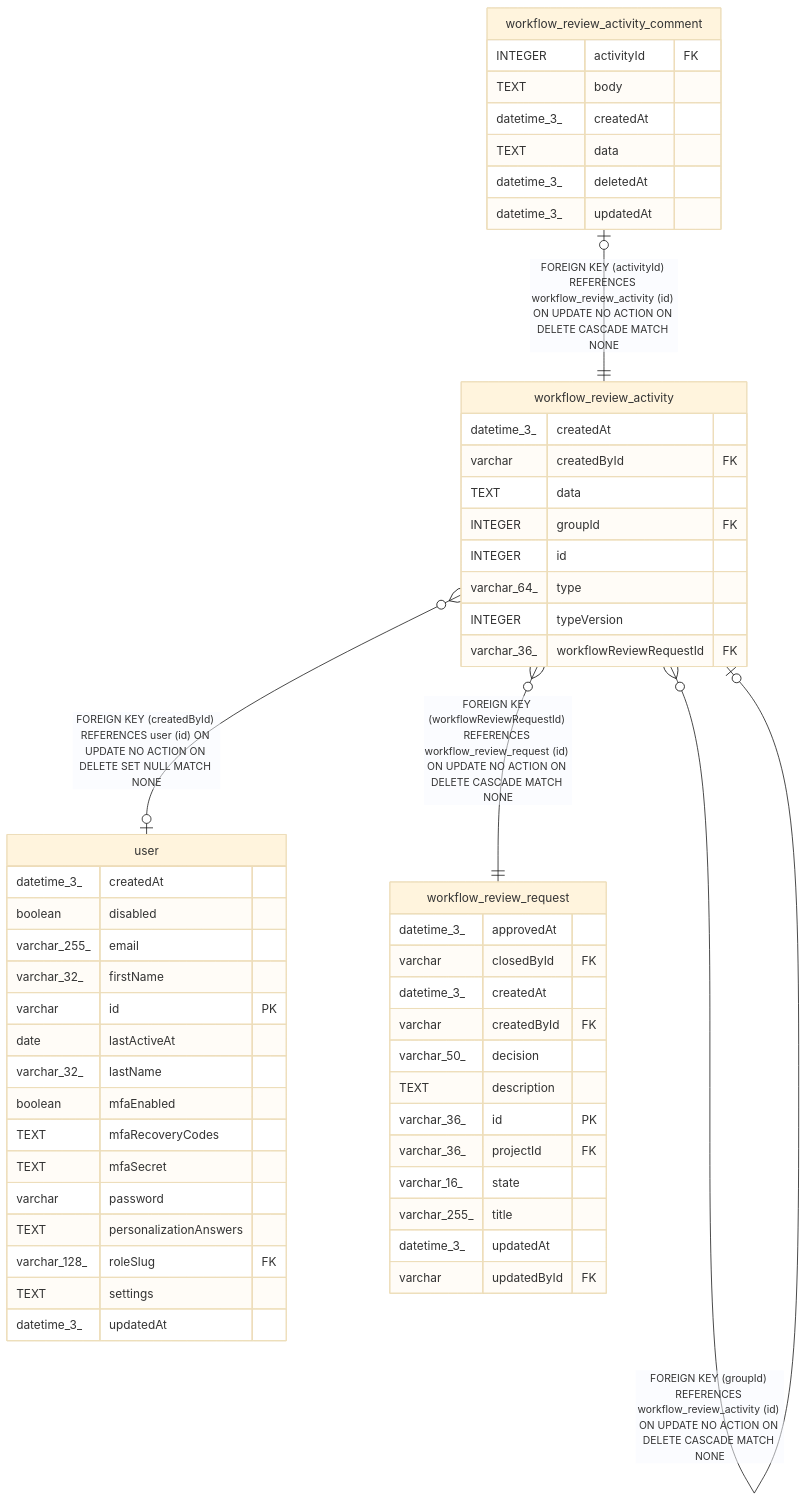
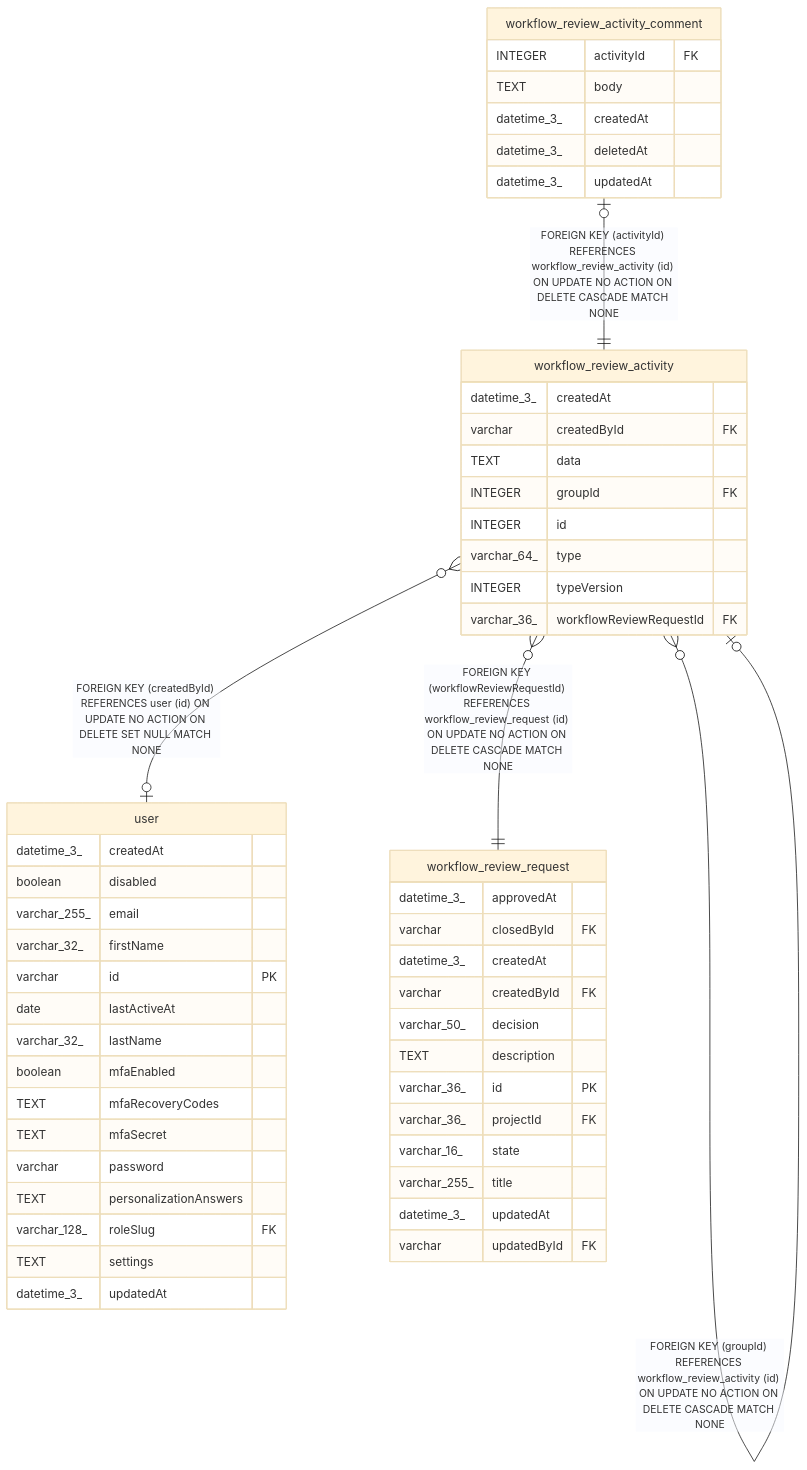
One commit to mayankjain1815-commits/n8n changed the diagram in docs/generated/sqlite-schema/workflow_review_activity.md. Above: the diagram before and after it, drawn with Mermaid (base theme). The commit also changed 10 other files, not shown here.

First line of the commit message:
fix(core): Address review on workflow review activity schema

````diff
--- a/docs/generated/sqlite-schema/workflow_review_activity.md
+++ b/docs/generated/sqlite-schema/workflow_review_activity.md
@@ -45,58 +45,57 @@
 ```mermaid
 erDiagram
 
 "workflow_review_activity" }o--o| "user" : "FOREIGN KEY (createdById) REFERENCES user (id) ON UPDATE NO ACTION ON DELETE SET NULL MATCH NONE"
 "workflow_review_activity" }o--o| "workflow_review_activity" : "FOREIGN KEY (groupId) REFERENCES workflow_review_activity (id) ON UPDATE NO ACTION ON DELETE CASCADE MATCH NONE"
 "workflow_review_activity_comment" |o--|| "workflow_review_activity" : "FOREIGN KEY (activityId) REFERENCES workflow_review_activity (id) ON UPDATE NO ACTION ON DELETE CASCADE MATCH NONE"
 "workflow_review_activity" }o--|| "workflow_review_request" : "FOREIGN KEY (workflowReviewRequestId) REFERENCES workflow_review_request (id) ON UPDATE NO ACTION ON DELETE CASCADE MATCH NONE"
 
 "workflow_review_activity" {
   datetime_3_ createdAt
   varchar createdById FK
   TEXT data
   INTEGER groupId FK
   INTEGER id
   varchar_64_ type
   INTEGER typeVersion
   varchar_36_ workflowReviewRequestId FK
 }
 "user" {
   datetime_3_ createdAt
   boolean disabled
   varchar_255_ email
   varchar_32_ firstName
   varchar id PK
   date lastActiveAt
   varchar_32_ lastName
   boolean mfaEnabled
   TEXT mfaRecoveryCodes
   TEXT mfaSecret
   varchar password
   TEXT personalizationAnswers
   varchar_128_ roleSlug FK
   TEXT settings
   datetime_3_ updatedAt
 }
 "workflow_review_activity_comment" {
   INTEGER activityId FK
   TEXT body
   datetime_3_ createdAt
-  TEXT data
   datetime_3_ deletedAt
   datetime_3_ updatedAt
 }
 "workflow_review_request" {
   datetime_3_ approvedAt
   varchar closedById FK
   datetime_3_ createdAt
   varchar createdById FK
   varchar_50_ decision
   TEXT description
   varchar_36_ id PK
   varchar_36_ projectId FK
   varchar_16_ state
   varchar_255_ title
   datetime_3_ updatedAt
   varchar updatedById FK
 }
 ```
````
